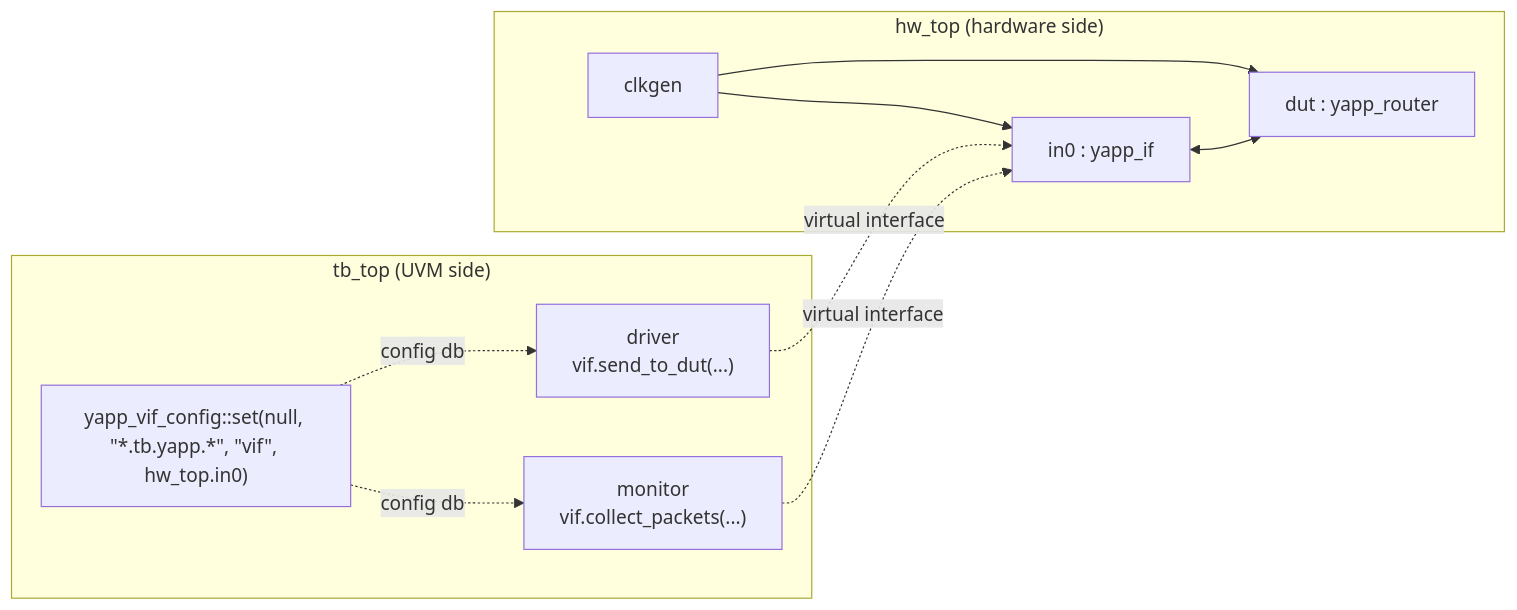
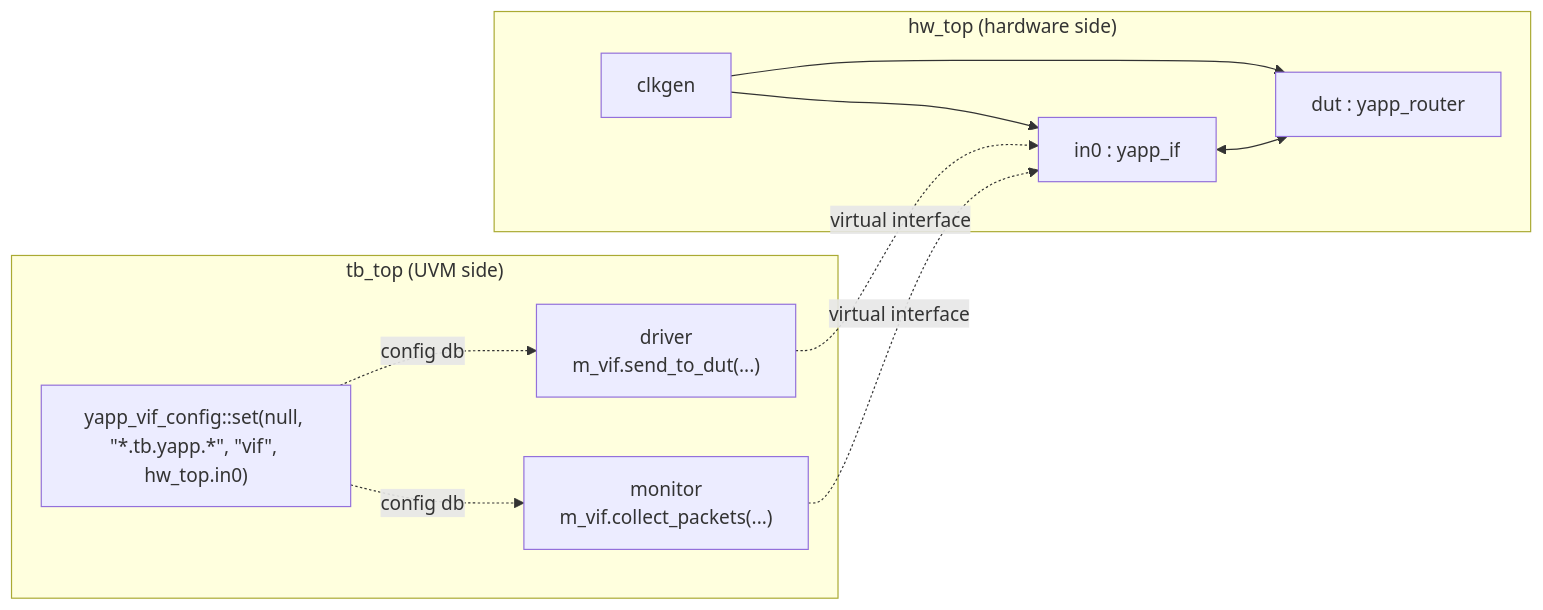
Before and after one commit to tamirgabgab/Qcom-Mentoring: the diagram in docs/labs/lab06.md, drawn with Mermaid. The commit also changed 83 other files, not shown here.

First line of the commit message:
Site diagrams use the code's variable names

````diff
--- a/docs/labs/lab06.md
+++ b/docs/labs/lab06.md
@@ -22,18 +22,18 @@
 ```mermaid
 flowchart LR
     subgraph tb_top["tb_top (UVM side)"]
         set["yapp_vif_config::set(null, &quot;*.tb.yapp.*&quot;, &quot;vif&quot;, hw_top.in0)"]
-        drv["driver<br/>vif.send_to_dut(...)"]
-        mon["monitor<br/>vif.collect_packets(...)"]
+        drv["driver<br/>m_vif.send_to_dut(...)"]
+        mon["monitor<br/>m_vif.collect_packets(...)"]
     end
     subgraph hw_top["hw_top (hardware side)"]
         clk["clkgen"]
         in0["in0 : yapp_if"]
         dut["dut : yapp_router"]
         clk --> in0 & dut
         in0 <--> dut
     end
     set -. "config db" .-> drv & mon
     drv -. "virtual interface" .-> in0
     mon -. "virtual interface" .-> in0
 ```
````
